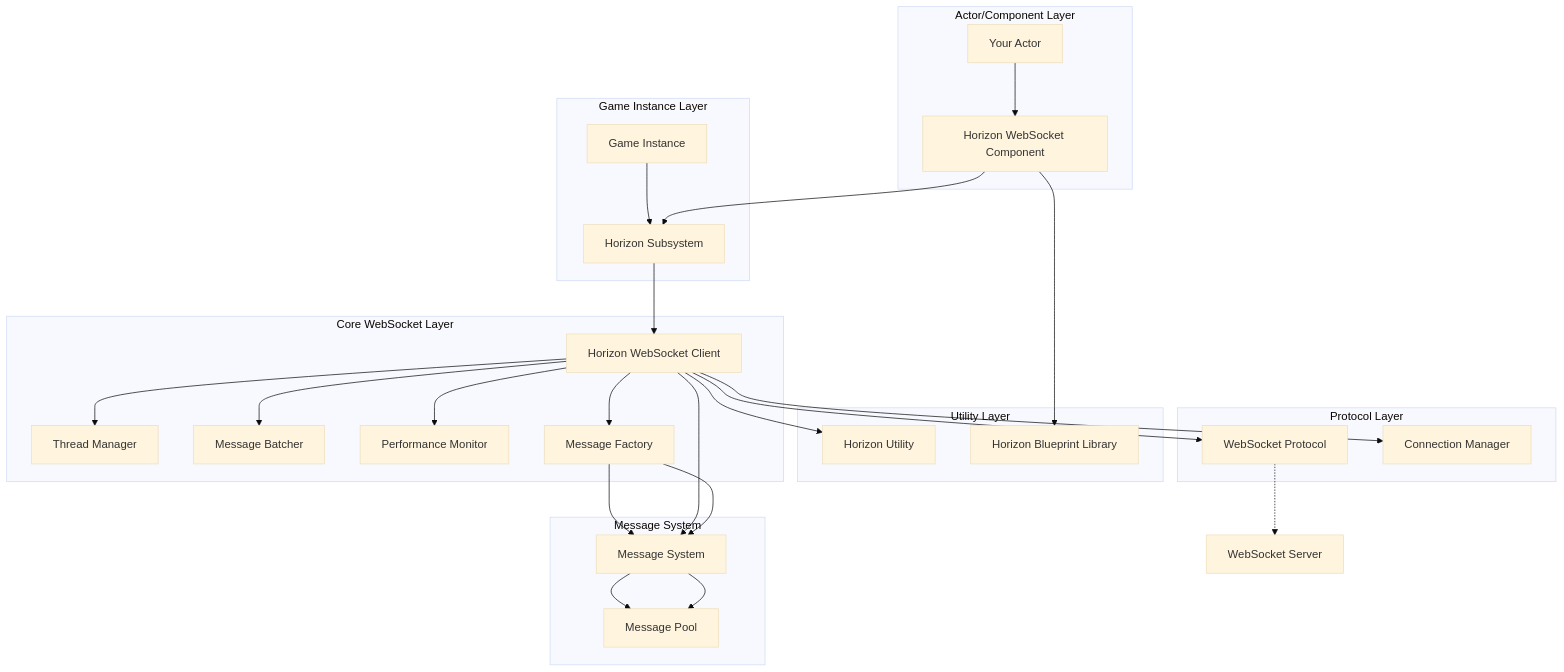
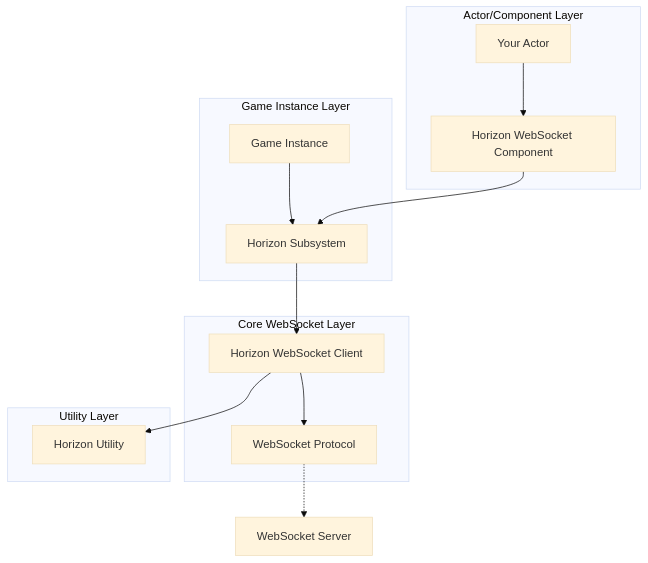
The first of 5 diagrams in README.md (Tuafo/Horizon-Plugin-UE5-test), drawn with Mermaid (base theme) before and after one commit. The commit also changed other lines of this file, not shown here.

````diff
--- a/README.md
+++ b/README.md
@@ -21,58 +19,31 @@
 ```mermaid
 graph TD
     subgraph "Game Instance Layer"
         GI[Game Instance]
         HS[Horizon Subsystem]
         GI --> HS
     end
     
     subgraph "Actor/Component Layer"
         AC[Your Actor]
         HC[Horizon WebSocket Component]
         AC --> HC
     end
     
     subgraph "Core WebSocket Layer"
         WC[Horizon WebSocket Client]
-        TM[Thread Manager]
-        MB[Message Batcher]
-        PM[Performance Monitor]
-        MF[Message Factory]
+        WP[WebSocket Protocol]
         
-        WC --> TM
-        WC --> MB
-        WC --> PM
-        WC --> MF
-    end
-    
-    subgraph "Message System"
-        MSG[Message Container]
-        MP[Message Pool]
-        MF --> MSG
-        MSG --> MP
+        WC --> WP
     end
     
     subgraph "Utility Layer"
         HU[Horizon Utility]
-        HBL[Horizon Blueprint Library]
-    end
-    
-    subgraph "Protocol Layer"
-        WSP[WebSocket Protocol]
-        MSG[Message System]
-        CONN[Connection Manager]
     end
     
     HC --> HS
     HS --> WC
-    WC --> WSP
-    WC --> MSG
-    WC --> CONN
+    WC --> HU
     
-    HC --> HBL
-    WC --> HU
-    MF --> MSG
-    MSG --> MP
-    
-    WSP -.-> SERVER[WebSocket Server]
+    WP -.-> SERVER[WebSocket Server]
 ```
````
